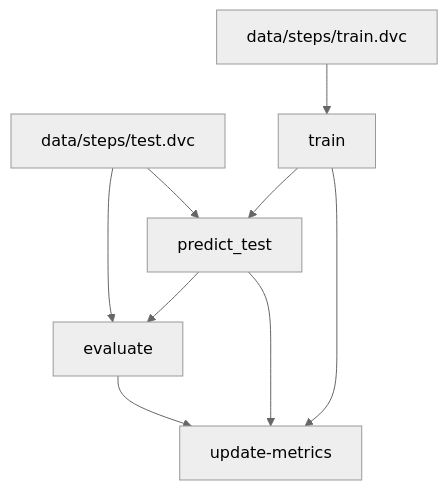
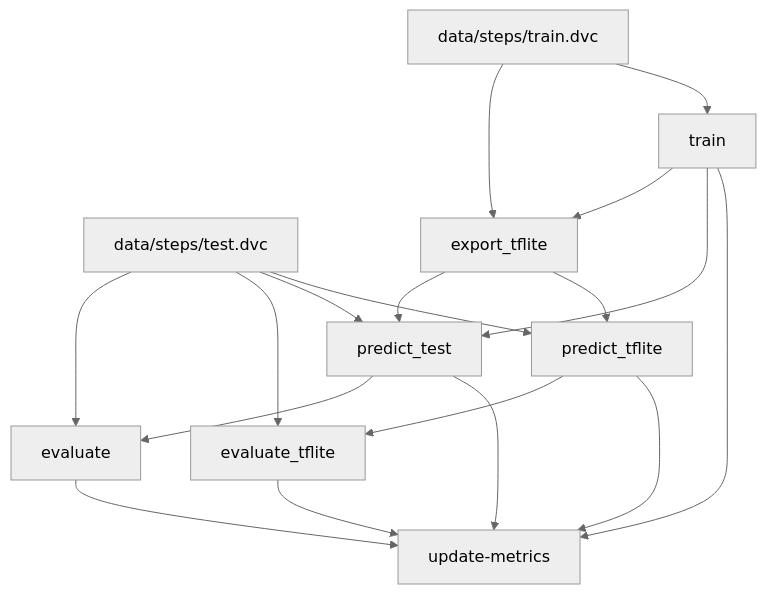
One commit to akucia/step-counter changed the diagram in README.md. Above: the diagram before and after it, drawn with Mermaid (neutral theme). The commit also changed other lines of this file and 11 other files, not shown here.

Commit message:
add tflite export and evaluation

````diff
--- a/README.md
+++ b/README.md
@@ -17,17 +18,29 @@
 ```mermaid
 flowchart TD
 	node1["data/steps/test.dvc"]
 	node2["data/steps/train.dvc"]
 	node3["evaluate"]
-	node4["predict_test"]
-	node5["train"]
-	node6["update-metrics"]
+	node4["evaluate_tflite"]
+	node5["export_tflite"]
+	node6["predict_test"]
+	node7["predict_tflite"]
+	node8["train"]
+	node9["update-metrics"]
 	node1-->node3
 	node1-->node4
+	node1-->node6
+	node1-->node7
 	node2-->node5
-	node3-->node6
-	node4-->node3
-	node4-->node6
-	node5-->node4
+	node2-->node8
+	node3-->node9
+	node4-->node9
 	node5-->node6
+	node5-->node7
+	node6-->node3
+	node6-->node9
+	node7-->node4
+	node7-->node9
+	node8-->node5
+	node8-->node6
+	node8-->node9
 ```
````
